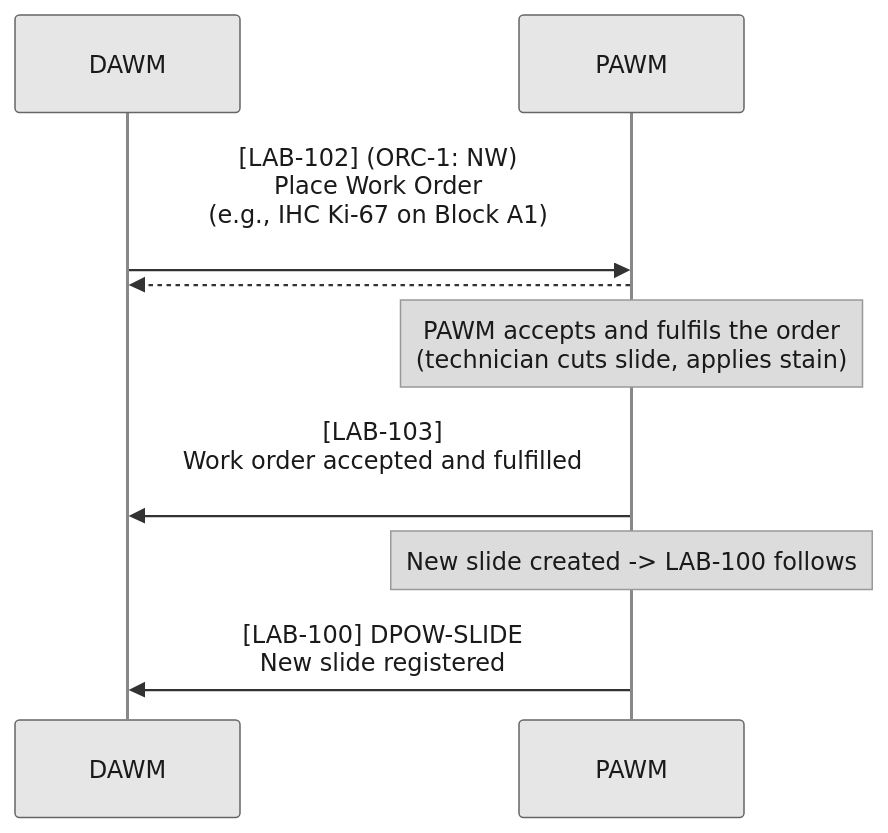
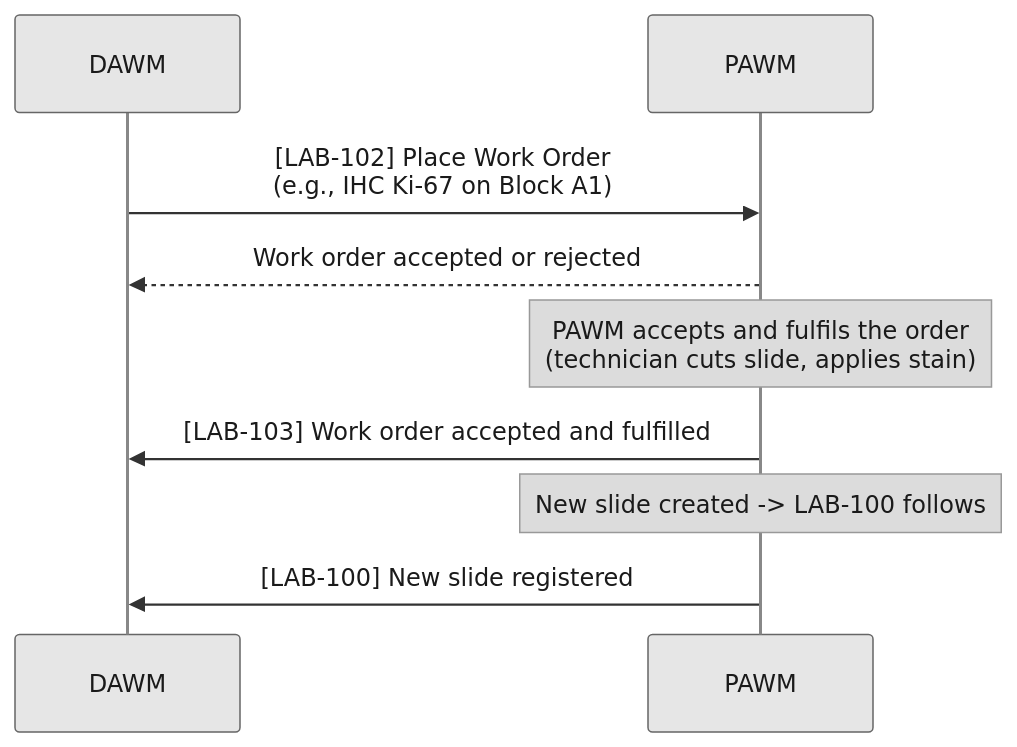
The seventh of 8 diagrams in input/pagecontent/volume-1.md (rufern/PaLM.DPOW), drawn with Mermaid before and after one commit. The commit also changed other lines of this file and 8 other files, not shown here.

````diff
--- a/input/pagecontent/volume-1.md
+++ b/input/pagecontent/volume-1.md
@@ -348,16 +359,16 @@
 ```mermaid
 %%{init: {"theme":"base","themeVariables":{"primaryColor":"#e6e6e6","primaryBorderColor":"#666666","primaryTextColor":"#1a1a1a","lineColor":"#555555","textColor":"#1a1a1a","mainBkg":"#e6e6e6","nodeBorder":"#666666","clusterBkg":"#f5f5f5","clusterBorder":"#999999","actorBkg":"#e6e6e6","actorBorder":"#666666","actorTextColor":"#1a1a1a","actorLineColor":"#888888","signalColor":"#333333","signalTextColor":"#1a1a1a","noteBkgColor":"#dcdcdc","noteTextColor":"#1a1a1a","noteBorderColor":"#999999","labelBoxBkgColor":"#dcdcdc","labelBoxBorderColor":"#999999","labelTextColor":"#1a1a1a","edgeLabelBackground":"#f5f5f5","sequenceNumberColor":"#1a1a1a"}}}%%
 sequenceDiagram
   participant DAWM as DAWM
   participant PAWM as PAWM
 
-  DAWM->>PAWM: [LAB-102] (ORC-1: NW)<br/>Place Work Order<br/>(e.g., IHC Ki-67 on Block A1)<br/>
-  PAWM-->>DAWM:
+  DAWM->>PAWM: [LAB-102] Place Work Order<br/>(e.g., IHC Ki-67 on Block A1)
+  PAWM-->>DAWM: Work order accepted or rejected
 
   Note over PAWM: PAWM accepts and fulfils the order<br/>(technician cuts slide, applies stain)
 
-  PAWM->>DAWM: [LAB-103]<br/>Work order accepted and fulfilled<br/>
+  PAWM->>DAWM: [LAB-103] Work order accepted and fulfilled
 
   Note over PAWM: New slide created -> LAB-100 follows
-  PAWM->>DAWM: [LAB-100] DPOW-SLIDE<br/>New slide registered
+  PAWM->>DAWM: [LAB-100] New slide registered
 ```
````
